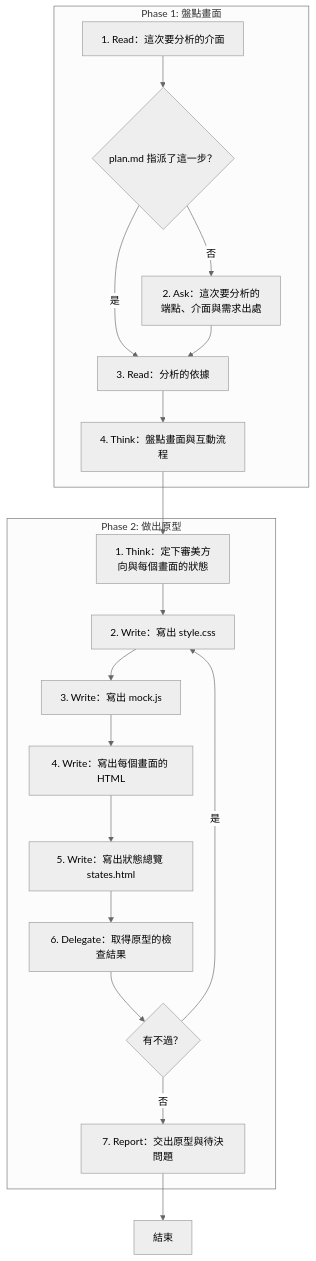
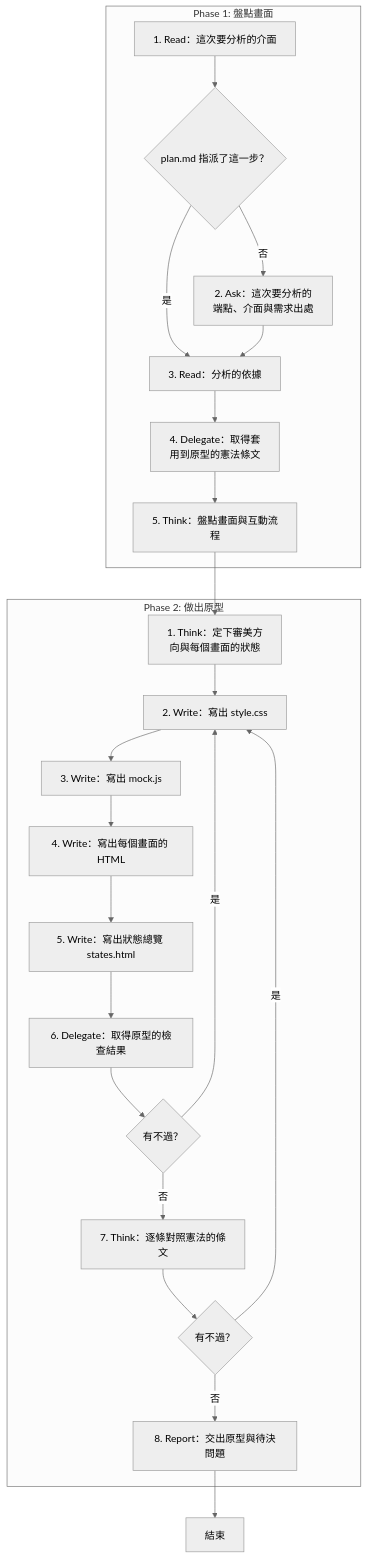
One commit to AI-x-BDD/BDGG-Dev-Skills changed the diagram in .agents/skills/uiux-plan/SKILL.md. Above: the diagram before and after it, drawn with Mermaid (neutral theme). The commit also changed other lines of this file and 37 other files, not shown here.

````diff
--- a/.agents/skills/uiux-plan/SKILL.md
+++ b/.agents/skills/uiux-plan/SKILL.md
@@ -26,36 +28,43 @@
 ```mermaid
 flowchart TD
     subgraph P1["Phase 1: 盤點畫面"]
         P1S1["1. Read：這次要分析的介面"]
         G_P1S1_1{"plan.md 指派了這一步？"}
         P1S2["2. Ask：這次要分析的<br/>端點、介面與需求出處"]
         P1S3["3. Read：分析的依據"]
-        P1S4["4. Think：盤點畫面與互動流程"]
+        P1S4["4. Delegate：取得套<br/>用到原型的憲法條文"]
+        P1S5["5. Think：盤點畫面與互動流程"]
     end
     subgraph P2["Phase 2: 做出原型"]
         P2S1["1. Think：定下審美方<br/>向與每個畫面的狀態"]
         P2S2["2. Write：寫出 style.css"]
         P2S3["3. Write：寫出 mock.js"]
         P2S4["4. Write：寫出每個畫面的 HTML"]
         P2S5["5. Write：寫出狀態總覽 states.html"]
         P2S6["6. Delegate：取得原型的檢查結果"]
         G_P2S6_1{"有不過？"}
-        P2S7["7. Report：交出原型與待決問題"]
+        P2S7["7. Think：逐條對照憲法的條文"]
+        G_P2S7_1{"有不過？"}
+        P2S8["8. Report：交出原型與待決問題"]
     end
     End["結束"]
     P1S1 --> G_P1S1_1
     G_P1S1_1 -->|是| P1S3
     G_P1S1_1 -->|否| P1S2
     P1S2 --> P1S3
     P1S3 --> P1S4
-    P1S4 --> P2S1
+    P1S4 --> P1S5
+    P1S5 --> P2S1
     P2S1 --> P2S2
     P2S2 --> P2S3
     P2S3 --> P2S4
     P2S4 --> P2S5
     P2S5 --> P2S6
     P2S6 --> G_P2S6_1
     G_P2S6_1 -->|是| P2S2
     G_P2S6_1 -->|否| P2S7
-    P2S7 --> End
+    P2S7 --> G_P2S7_1
+    G_P2S7_1 -->|是| P2S2
+    G_P2S7_1 -->|否| P2S8
+    P2S8 --> End
 ```
````
